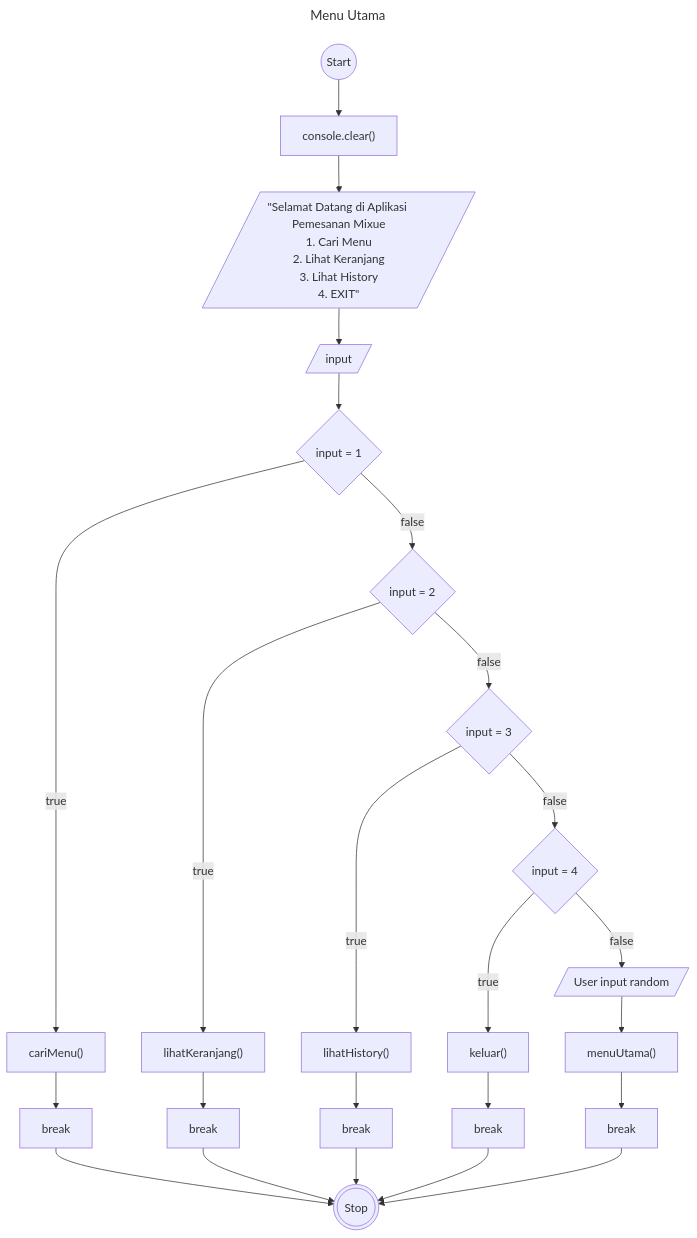
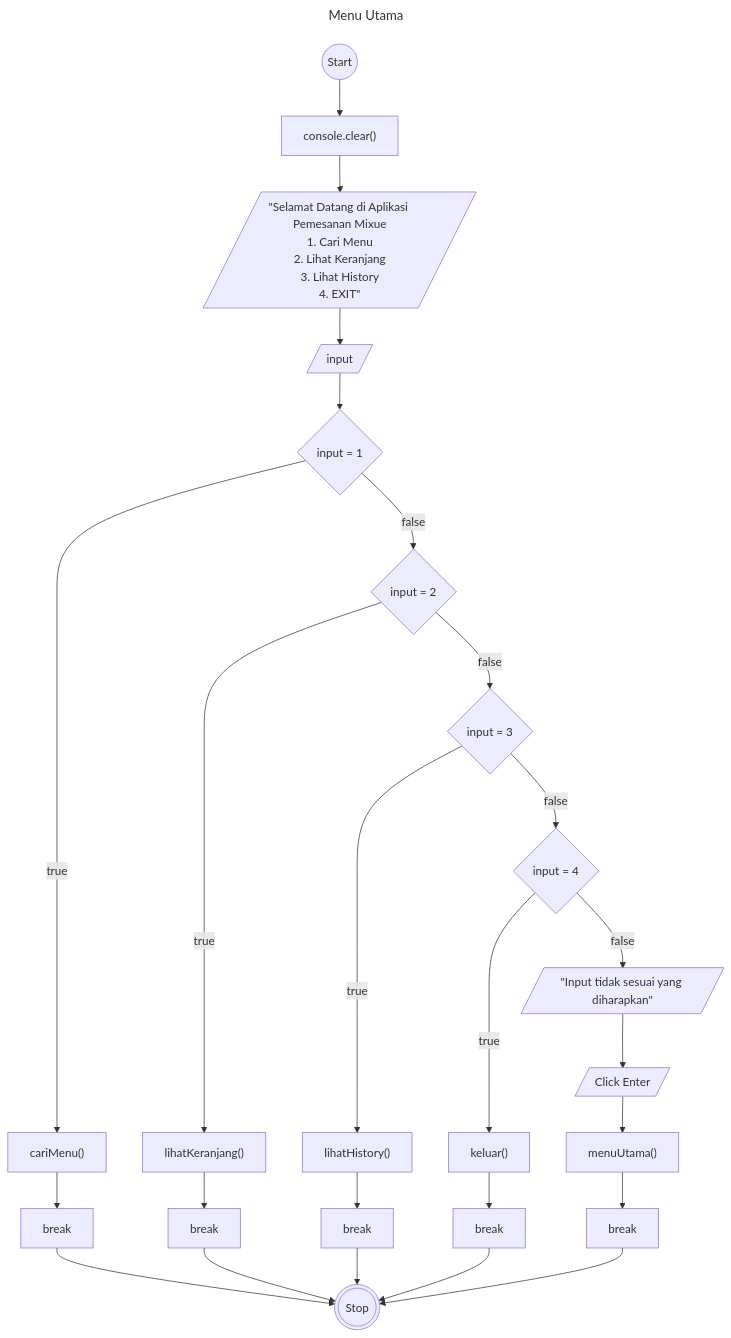
Before and after one commit to ItsnaMaulanaHasan/koda-b4-homework1: the diagram in flowchart-menu-utama.md, drawn with Mermaid.

Commit message:
update flowchart menu utama

````diff
--- a/flowchart-menu-utama.md
+++ b/flowchart-menu-utama.md
@@ -3,51 +3,52 @@
 ```mermaid
 ---
     title: Menu Utama
 ---
 flowchart TD
     start@{shape: circle, label: Start}
     stop@{shape: dbl-circ, label: Stop}
     consoleClear@{shape: rect, label: "console.clear()"}
     outputMenu@{shape: lean-r, label: '"Selamat Datang di Aplikasi Pemesanan Mixue
     1. Cari Menu
     2. Lihat Keranjang
     3. Lihat History
     4. EXIT"'}
 
     input@{shape: lean-r, label: input}
 
     case1Input@{shape: diamond, label: input = 1}
     true1Input@{shape: rect, label: "cariMenu()"}
     break1@{shape: rect, label: break}
 
     case2Input@{shape: diamond, label: input = 2}
     true2Input@{shape: rect, label: "lihatKeranjang()"}
     break2@{shape: rect, label: break}
 
     case3Input@{shape: diamond, label: input = 3}
     true3Input@{shape: rect, label: "lihatHistory()"}
     break3@{shape: rect, label: break}
 
     case4Input@{shape: diamond, label: input = 4}
     true4Input@{shape: rect, label: "keluar()"}
     break4@{shape: rect, label: break}
 
-    defaultInput@{shape: lean-r, label: User input random}
+    outputDefaultInput@{shape: lean-r, label: '"Input tidak sesuai yang diharapkan"'}
+    defaultInput@{shape: lean-r, label: Click Enter}
     defaultProses@{shape: rect, label: "menuUtama()"}
     break5@{shape: rect, label: break}
 
 
     start --> consoleClear --> outputMenu --> input
     input --> case1Input -- true --> true1Input --> break1
     case1Input -- false --> case2Input -- true --> true2Input --> break2
     case2Input -- false --> case3Input -- true --> true3Input --> break3
     case3Input -- false --> case4Input -- true --> true4Input --> break4
-    case4Input -- false --> defaultInput --> defaultProses --> break5
+    case4Input -- false --> outputDefaultInput --> defaultInput --> defaultProses --> break5
 
     break1 --> stop
     break2 --> stop
     break3 --> stop
     break4 --> stop
     break5 --> stop
 
 ```
````
